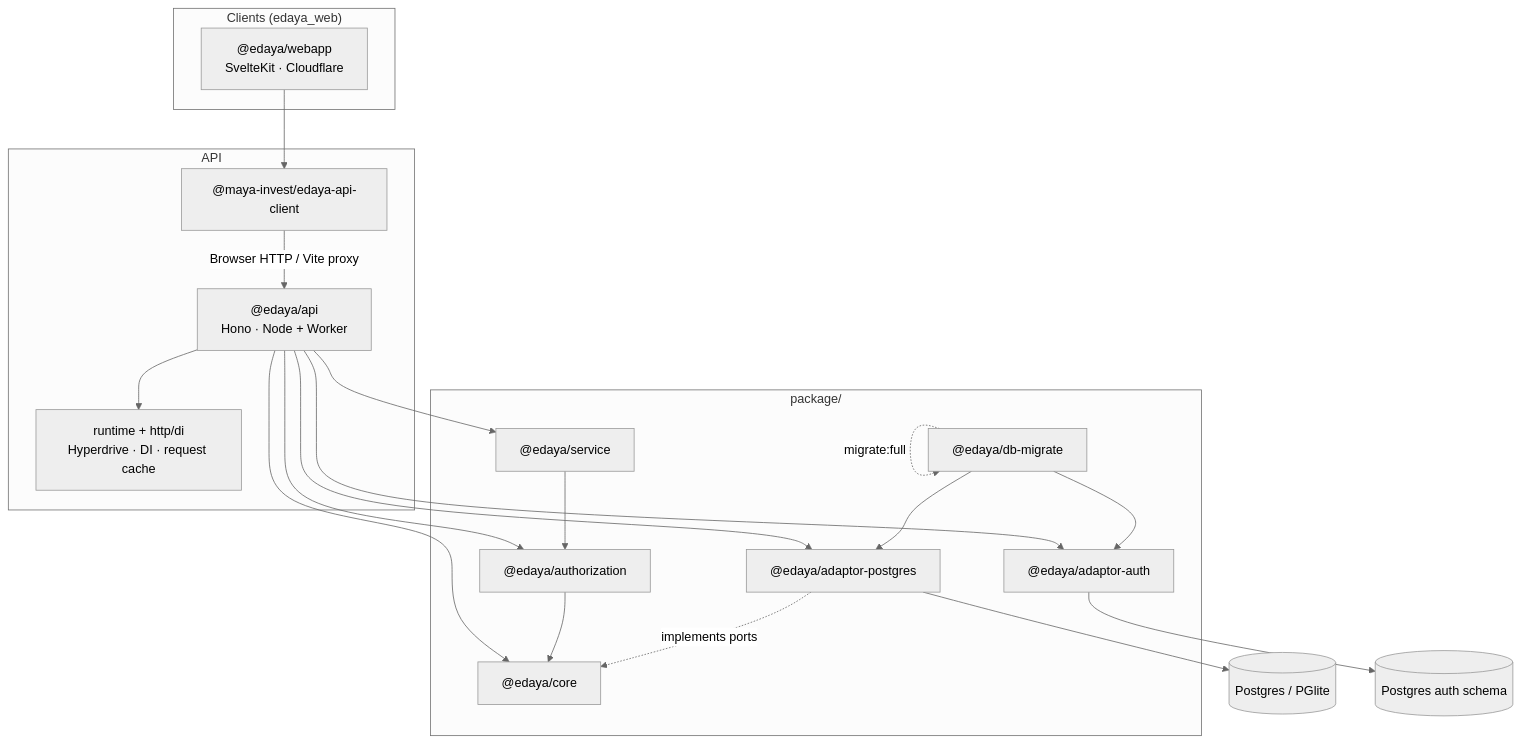
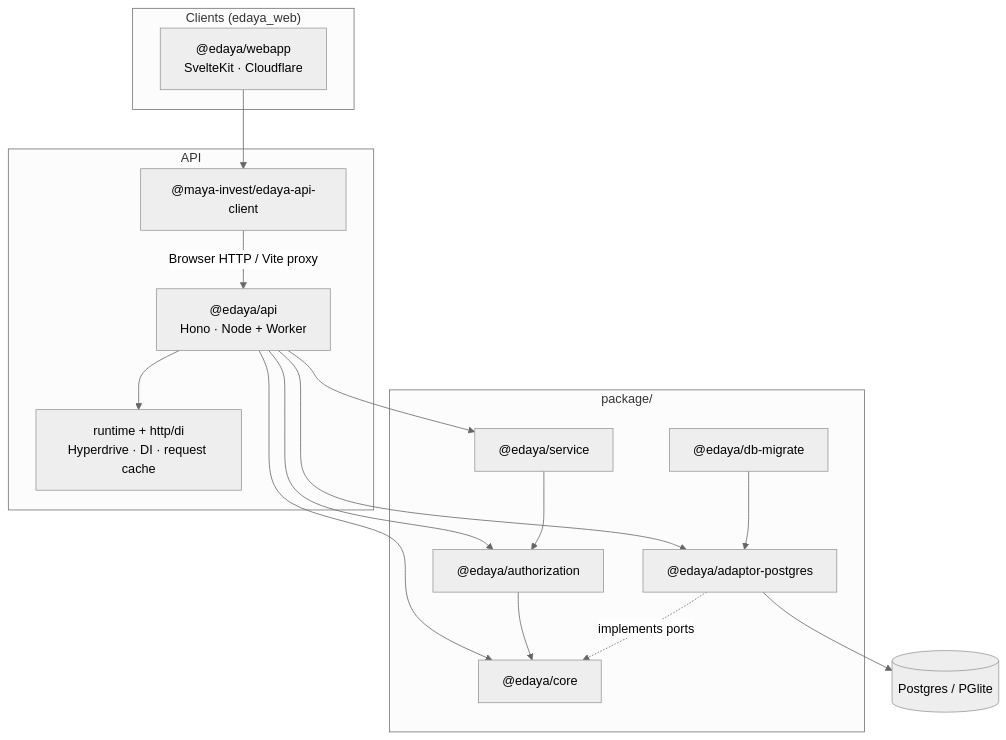
The diagram in README.md (Maya-Invest/edaya_backend), drawn with Mermaid (neutral theme) before and after one commit. The commit also changed other lines of this file and 226 other files, not shown here.

````diff
--- a/README.md
+++ b/README.md
@@ -45,38 +44,33 @@
 ```mermaid
 flowchart TB
   subgraph clients["Clients (edaya_web)"]
     Webapp["@edaya/webapp<br/>SvelteKit · Cloudflare"]
   end
 
   subgraph api_layer["API"]
     API["@edaya/api<br/>Hono · Node + Worker"]
     Client["@maya-invest/edaya-api-client"]
     WorkerHost["runtime + http/di<br/>Hyperdrive · DI · request cache"]
   end
 
   subgraph package["package/"]
     Core["@edaya/core"]
     Authz["@edaya/authorization"]
     Service["@edaya/service"]
     PG["@edaya/adaptor-postgres"]
-    Auth["@edaya/adaptor-auth"]
     DbMigrate["@edaya/db-migrate"]
   end
 
   Webapp --> Client
   Client -->|Browser HTTP / Vite proxy| API
   API --> WorkerHost
   API --> Service
   API --> Authz
   API --> Core
   API --> PG
-  API --> Auth
   Service --> Authz
   Authz --> Core
   PG -.->|implements ports| Core
   DbMigrate --> PG
-  DbMigrate --> Auth
-  DbMigrate -.->|migrate:full| DbMigrate
   PG --> SchoolDB[(Postgres / PGlite)]
-  Auth --> AuthDB[(Postgres auth schema)]
 ```
````
